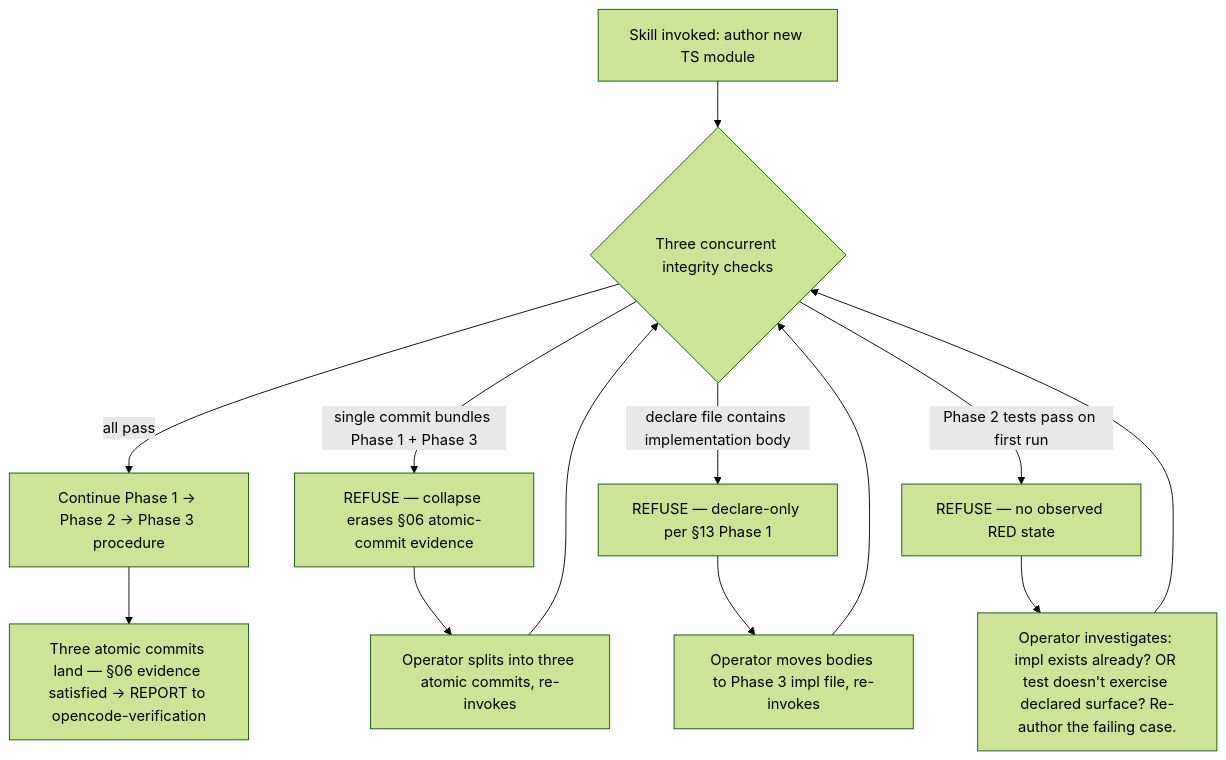
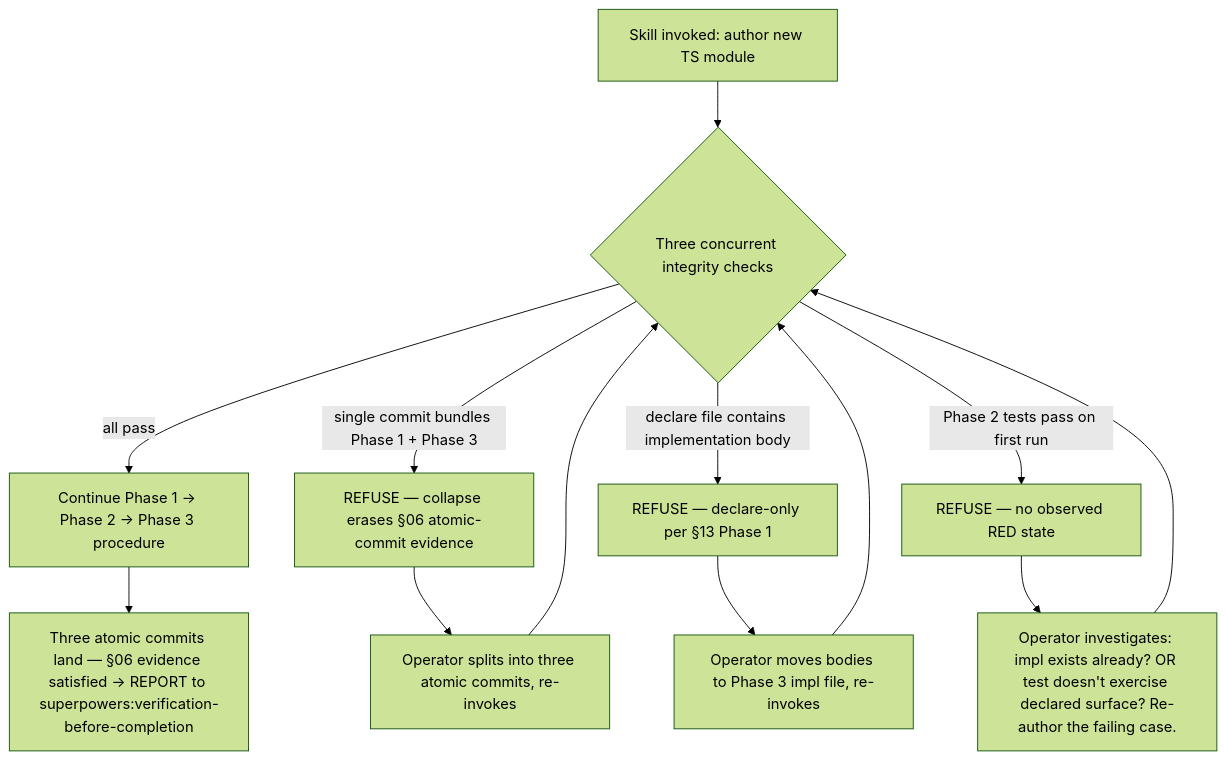
One commit to agenticapps-eu/opencode-workflow changed the diagram in skills/opencode-ts-declare-first/SKILL.md. Above: the diagram before and after it, drawn with Mermaid (forest theme). The commit also changed other lines of this file and 44 other files, not shown here.

````diff
--- a/skills/opencode-ts-declare-first/SKILL.md
+++ b/skills/opencode-ts-declare-first/SKILL.md
@@ -184,16 +184,16 @@
 ```mermaid
 flowchart TD
   invoke[Skill invoked: author new TS module]
   invoke --> check{Three concurrent integrity checks}
   check -->|all pass| proceed[Continue Phase 1 → Phase 2 → Phase 3 procedure]
   check -->|single commit bundles Phase 1 + Phase 3| r_collapse[REFUSE — collapse erases §06 atomic-commit evidence]
   check -->|declare file contains implementation body| r_impl[REFUSE — declare-only per §13 Phase 1]
   check -->|Phase 2 tests pass on first run| r_no_red[REFUSE — no observed RED state]
   r_collapse --> recover_collapse[Operator splits into three atomic commits, re-invokes]
   r_impl --> recover_impl[Operator moves bodies to Phase 3 impl file, re-invokes]
   r_no_red --> recover_no_red[Operator investigates: impl exists already? OR test doesn't exercise declared surface? Re-author the failing case.]
   recover_collapse --> check
   recover_impl --> check
   recover_no_red --> check
-  proceed --> done[Three atomic commits land — §06 evidence satisfied → REPORT to opencode-verification]
+  proceed --> done[Three atomic commits land — §06 evidence satisfied → REPORT to superpowers:verification-before-completion]
 ```
````
